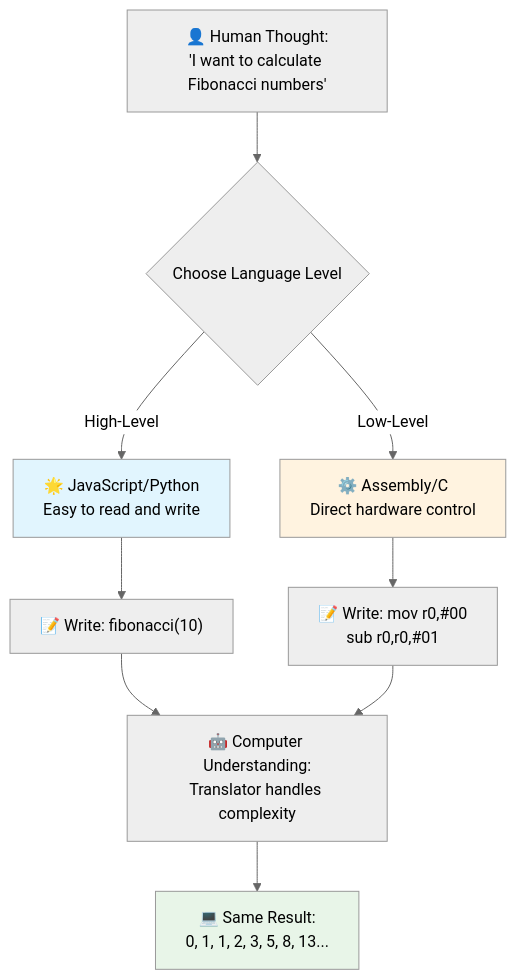
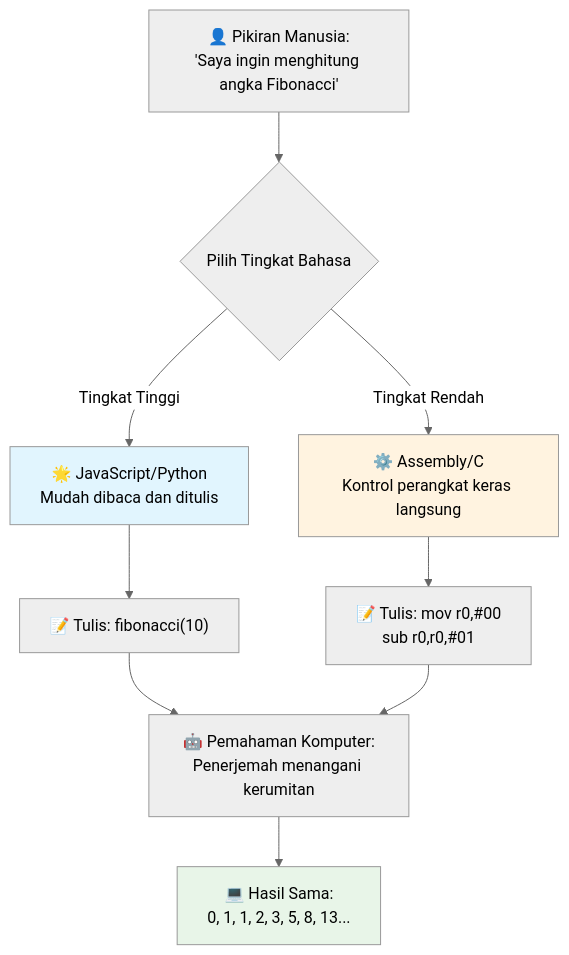
The third of 7 diagrams in translations/id/1-getting-started-lessons/1-intro-to-programming-languages/README.md (microsoft/Web-Dev-For-Beginners), drawn with Mermaid (neutral theme) before and after one commit. The commit also changed other lines of this file and 11 other files, not shown here.

````diff
--- a/translations/id/1-getting-started-lessons/1-intro-to-programming-languages/README.md
+++ b/translations/id/1-getting-started-lessons/1-intro-to-programming-languages/README.md
@@ -149,19 +147,19 @@
 ```mermaid
 flowchart TB
-    A["👤 Human Thought:<br/>'I want to calculate Fibonacci numbers'"] --> B{Choose Language Level}
+    A["👤 Pikiran Manusia:<br/>'Saya ingin menghitung angka Fibonacci'"] --> B{Pilih Tingkat Bahasa}
     
-    B -->|High-Level| C["🌟 JavaScript/Python<br/>Easy to read and write"]
-    B -->|Low-Level| D["⚙️ Assembly/C<br/>Direct hardware control"]
+    B -->|Tingkat Tinggi| C["🌟 JavaScript/Python<br/>Mudah dibaca dan ditulis"]
+    B -->|Tingkat Rendah| D["⚙️ Assembly/C<br/>Kontrol perangkat keras langsung"]
     
-    C --> E["📝 Write: fibonacci(10)"]
-    D --> F["📝 Write: mov r0,#00<br/>sub r0,r0,#01"]
+    C --> E["📝 Tulis: fibonacci(10)"]
+    D --> F["📝 Tulis: mov r0,#00<br/>sub r0,r0,#01"]
     
-    E --> G["🤖 Computer Understanding:<br/>Translator handles complexity"]
+    E --> G["🤖 Pemahaman Komputer:<br/>Penerjemah menangani kerumitan"]
     F --> G
     
-    G --> H["💻 Same Result:<br/>0, 1, 1, 2, 3, 5, 8, 13..."]
+    G --> H["💻 Hasil Sama:<br/>0, 1, 1, 2, 3, 5, 8, 13..."]
     
     style C fill:#e1f5fe
     style D fill:#fff3e0
     style H fill:#e8f5e8
 ```
````
